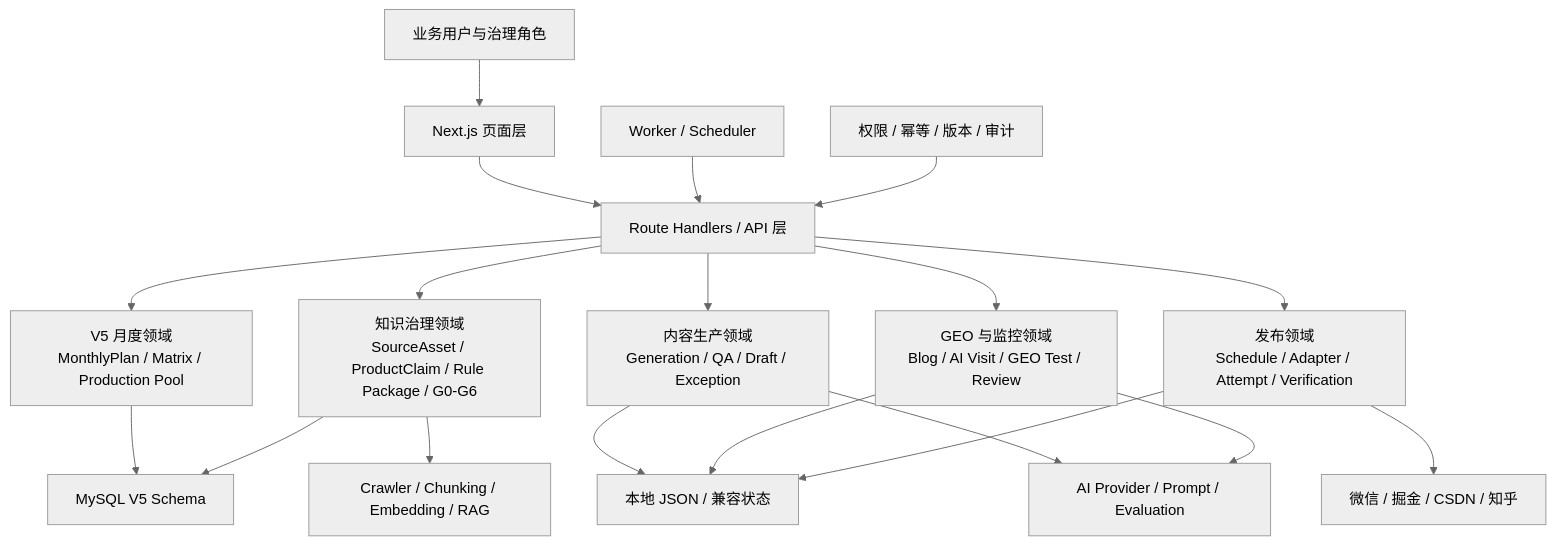
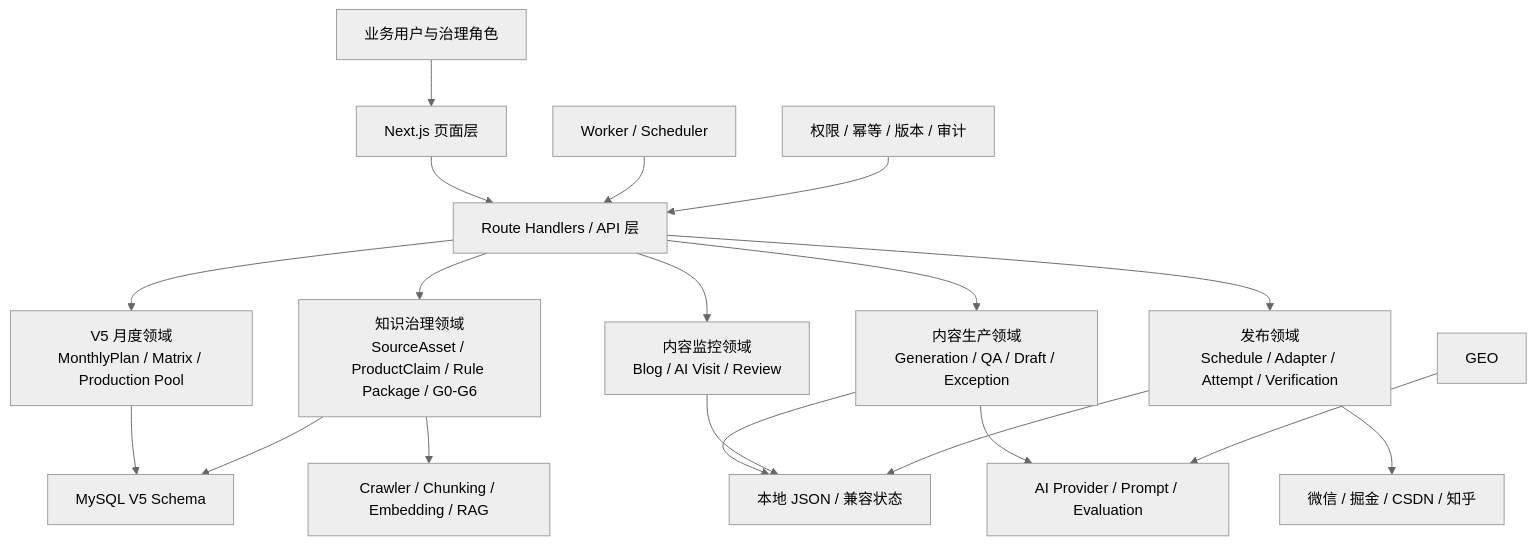
One commit to 1736280642-Star/gtm-content-growth-workbench changed the first of 3 diagrams in README.md. Above: the diagram before and after it, drawn with Mermaid (neutral theme). The commit also changed other lines of this file and 50 other files, not shown here.

````diff
--- a/README.md
+++ b/README.md
@@ -258,25 +256,25 @@
 ```mermaid
 flowchart TB
   U["业务用户与治理角色"] --> UI["Next.js 页面层"]
   UI --> API["Route Handlers / API 层"]
 
   API --> MONTH["V5 月度领域\nMonthlyPlan / Matrix / Production Pool"]
   API --> GOV["知识治理领域\nSourceAsset / ProductClaim / Rule Package / G0-G6"]
   API --> CONTENT["内容生产领域\nGeneration / QA / Draft / Exception"]
-  API --> GEO["GEO 与监控领域\nBlog / AI Visit / GEO Test / Review"]
+  API --> MONITOR["内容监控领域\nBlog / AI Visit / Review"]
   API --> PUBLISH["发布领域\nSchedule / Adapter / Attempt / Verification"]
 
   MONTH --> MYSQL["MySQL V5 Schema"]
   GOV --> MYSQL
   CONTENT --> STATE["本地 JSON / 兼容状态"]
-  GEO --> STATE
+  MONITOR --> STATE
   PUBLISH --> STATE
 
   CONTENT --> AI["AI Provider / Prompt / Evaluation"]
   GOV --> RAG["Crawler / Chunking / Embedding / RAG"]
   GEO --> AI
   PUBLISH --> PLATFORM["微信 / 掘金 / CSDN / 知乎"]
 
   WORKER["Worker / Scheduler"] --> API
   AUDIT["权限 / 幂等 / 版本 / 审计"] --> API
 ```
````
